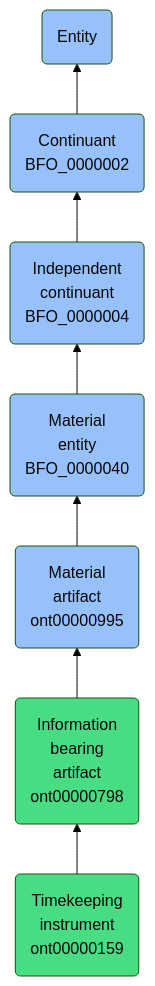
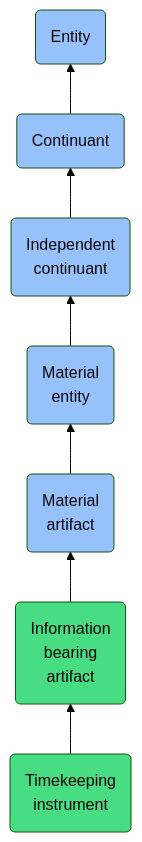
The diagram in docs/ontology/reference/model/Entity/Continuant/Independent continuant/Material entity/Material artifact/Information bearing artifact/Timekeeping instrument/Timekeeping instrument.md (jupyter-naas/abi), drawn with Mermaid (forest theme) before and after one commit. The commit also changed other lines of this file and 1430 other files, not shown here.

````diff
--- a/docs/ontology/reference/model/Entity/Continuant/Independent continuant/Material entity/Material artifact/Information bearing artifact/Timekeeping instrument/Timekeeping instrument.md
+++ b/docs/ontology/reference/model/Entity/Continuant/Independent continuant/Material entity/Material artifact/Information bearing artifact/Timekeeping instrument/Timekeeping instrument.md
@@ -24,14 +24,14 @@
 ```mermaid
 graph BT
-    ont00000159(Timekeeping<br>instrument<br>ont00000159):::ABI-->ont00000798
-    ont00000798(Information<br>bearing<br>artifact<br>ont00000798):::ABI-->ont00000995
-    ont00000995(Material<br>artifact<br>ont00000995):::BFO-->BFO_0000040
-    BFO_0000040(Material<br>entity<br>BFO_0000040):::BFO-->BFO_0000004
-    BFO_0000004(Independent<br>continuant<br>BFO_0000004):::BFO-->BFO_0000002
-    BFO_0000002(Continuant<br>BFO_0000002):::BFO-->BFO_0000001
+    ont00000159(Timekeeping<br>instrument):::ABI-->ont00000798
+    ont00000798(Information<br>bearing<br>artifact):::ABI-->ont00000995
+    ont00000995(Material<br>artifact):::BFO-->BFO_0000040
+    BFO_0000040(Material<br>entity):::BFO-->BFO_0000004
+    BFO_0000004(Independent<br>continuant):::BFO-->BFO_0000002
+    BFO_0000002(Continuant):::BFO-->BFO_0000001
     BFO_0000001(Entity):::BFO
     
     classDef BFO fill:#97c1fb,color:#060606
     classDef CCO fill:#e4c51e,color:#060606
     classDef ABI fill:#48DD82,color:#060606
 ```
````
